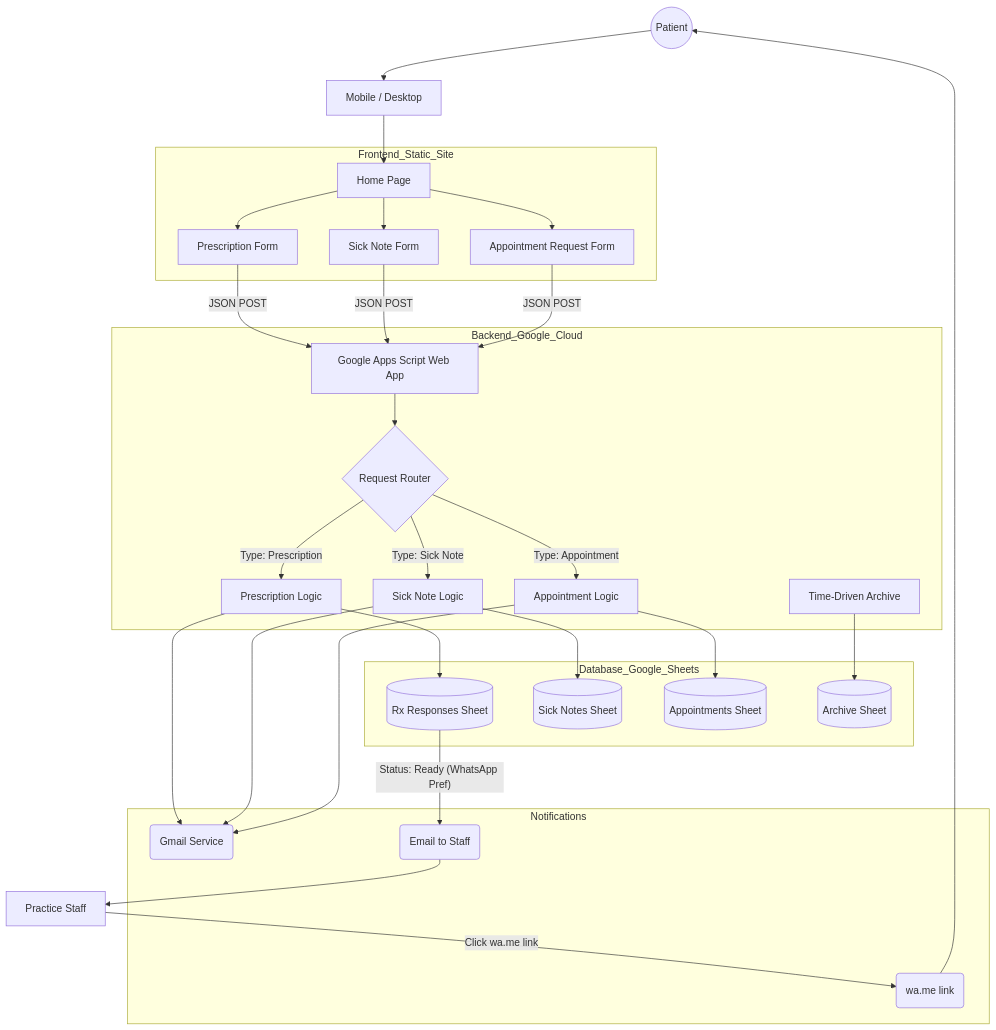
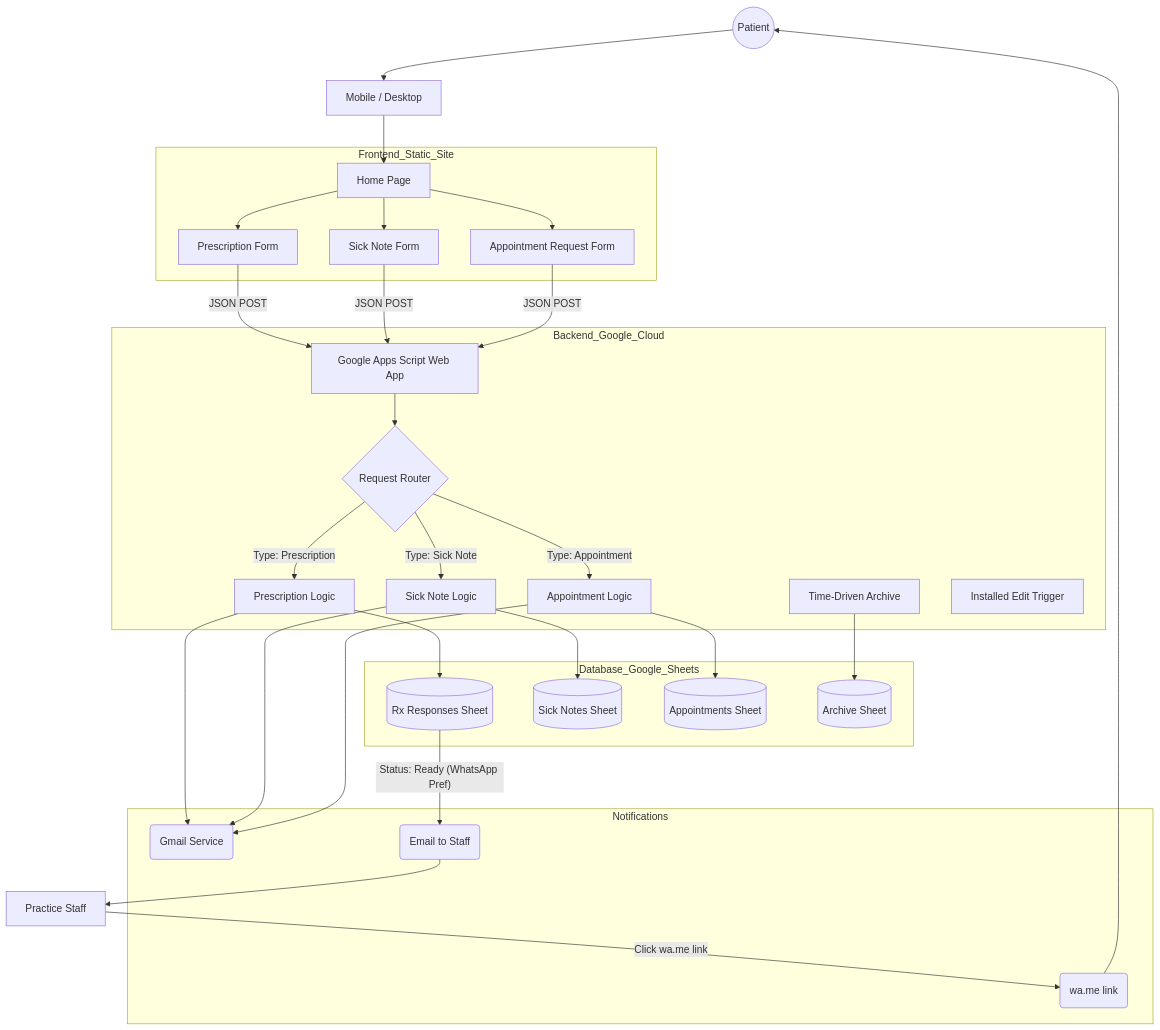
Before and after one commit to PaddyO84/GPSurgeryV1: the diagram in SALES_PROPOSAL.md, drawn with Mermaid. The commit also changed 34 other files, not shown here.

````diff
--- a/SALES_PROPOSAL.md
+++ b/SALES_PROPOSAL.md
@@ -55,64 +55,65 @@
 ```mermaid
 graph TD
     User((Patient))
     Device[Mobile / Desktop]
     Staff[Practice Staff]
 
     subgraph Frontend_Static_Site
         Home[Home Page]
         RxForm[Prescription Form]
         SickForm[Sick Note Form]
         ApptForm[Appointment Request Form]
     end
 
     subgraph Backend_Google_Cloud
         GAS[Google Apps Script Web App]
         Router{Request Router}
         RxLogic[Prescription Logic]
         SickLogic[Sick Note Logic]
         ApptLogic[Appointment Logic]
         Trigger[Time-Driven Archive]
+        EditTrigger[Installed Edit Trigger]
     end
 
     subgraph Database_Google_Sheets
         Sheet1[(Rx Responses Sheet)]
         Sheet2[(Sick Notes Sheet)]
         Sheet3[(Appointments Sheet)]
         Archive[(Archive Sheet)]
     end
 
     subgraph Notifications
         Email(Gmail Service)
         StaffEmail(Email to Staff)
         WA(wa.me link)
     end
 
     User --> Device
     Device --> Home
     Home --> RxForm
     Home --> SickForm
     Home --> ApptForm
 
     RxForm -- JSON POST --> GAS
     SickForm -- JSON POST --> GAS
     ApptForm -- JSON POST --> GAS
 
     GAS --> Router
     Router -- "Type: Prescription" --> RxLogic
     Router -- "Type: Sick Note" --> SickLogic
     Router -- "Type: Appointment" --> ApptLogic
 
     RxLogic --> Sheet1
     SickLogic --> Sheet2
     ApptLogic --> Sheet3
 
     RxLogic --> Email
     SickLogic --> Email
     ApptLogic --> Email
 
     Sheet1 -- "Status: Ready (WhatsApp Pref)" --> StaffEmail
     StaffEmail --> Staff
     Staff -- "Click wa.me link" --> WA
     WA --> User
     Trigger --> Archive
 ```
````
